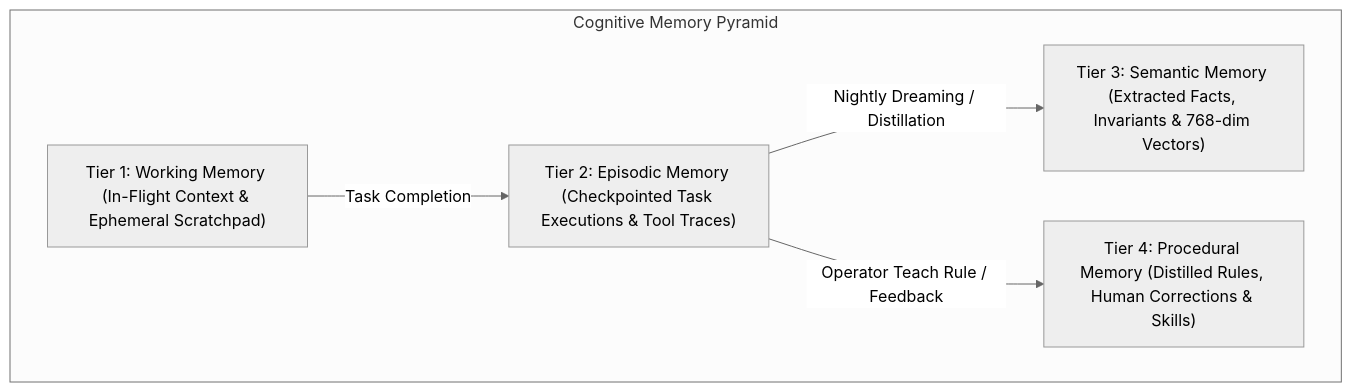
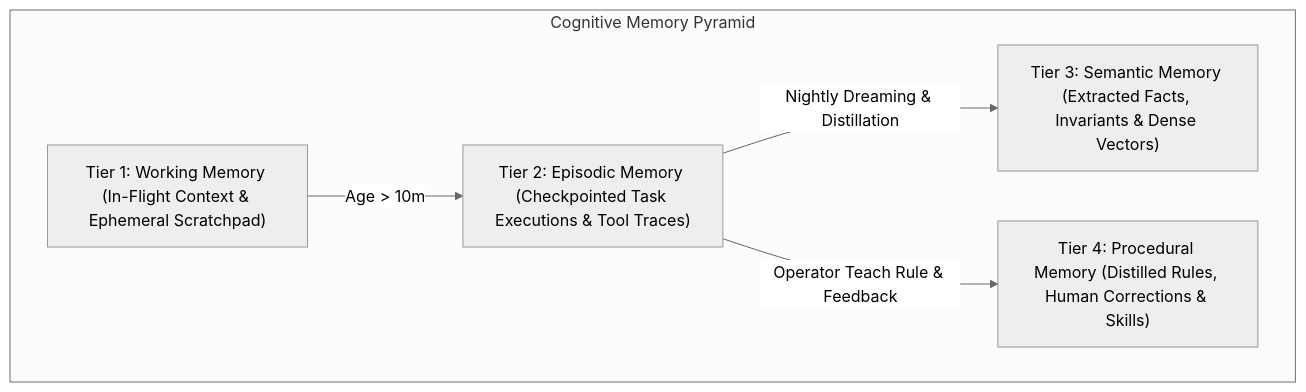
The fourth of 8 diagrams in docs/ARCHITECTURE.md (abhayzangir1/trans4mer), drawn with Mermaid (neutral theme) before and after one commit. The commit also changed other lines of this file and 8 other files, not shown here.

Commit message:
docs: reverse-engineer comprehensive PRD, TRD, master architecture and 5 granular subsystem specifications

````diff
--- a/docs/ARCHITECTURE.md
+++ b/docs/ARCHITECTURE.md
@@ -300,13 +166,13 @@
 ```mermaid
 flowchart TB
     subgraph Pyramid ["Cognitive Memory Pyramid"]
         T1["Tier 1: Working Memory (In-Flight Context & Ephemeral Scratchpad)"]
         T2["Tier 2: Episodic Memory (Checkpointed Task Executions & Tool Traces)"]
-        T3["Tier 3: Semantic Memory (Extracted Facts, Invariants & 768-dim Vectors)"]
+        T3["Tier 3: Semantic Memory (Extracted Facts, Invariants & Dense Vectors)"]
         T4["Tier 4: Procedural Memory (Distilled Rules, Human Corrections & Skills)"]
     end
 
-    T1 -->|Task Completion| T2
-    T2 -->|Nightly Dreaming / Distillation| T3
-    T2 -->|Operator Teach Rule / Feedback| T4
+    T1 -->|Age > 10m| T2
+    T2 -->|Nightly Dreaming & Distillation| T3
+    T2 -->|Operator Teach Rule & Feedback| T4
 ```
````
